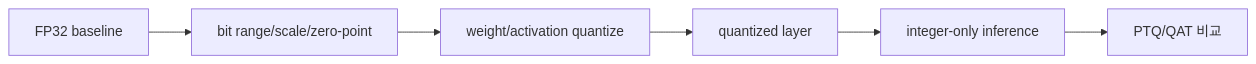
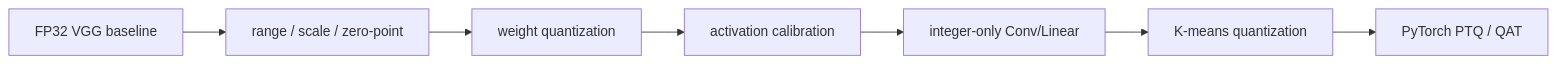
Before and after one commit to knowgyu/aisp: the diagram in study_notes/on_device_ai/practice/02_quantization_cnn_practice_guide.md, drawn with Mermaid. The commit also changed other lines of this file and 10 other files, not shown here.

````diff
--- a/study_notes/on_device_ai/practice/02_quantization_cnn_practice_guide.md
+++ b/study_notes/on_device_ai/practice/02_quantization_cnn_practice_guide.md
@@ -11,14 +11,9 @@
 ```mermaid
 flowchart LR
-  A["FP32 baseline"]
-  B["bit range/scale/zero-point"]
-  A --> B
-  C["weight/activation quantize"]
-  B --> C
-  D["quantized layer"]
-  C --> D
-  E["integer-only inference"]
-  D --> E
-  F["PTQ/QAT 비교"]
-  E --> F
+  A["FP32 VGG baseline"] --> B["range / scale / zero-point"]
+  B --> C["weight quantization"]
+  C --> D["activation calibration"]
+  D --> E["integer-only Conv/Linear"]
+  E --> F["K-means quantization"]
+  F --> G["PyTorch PTQ / QAT"]
 ```
````
